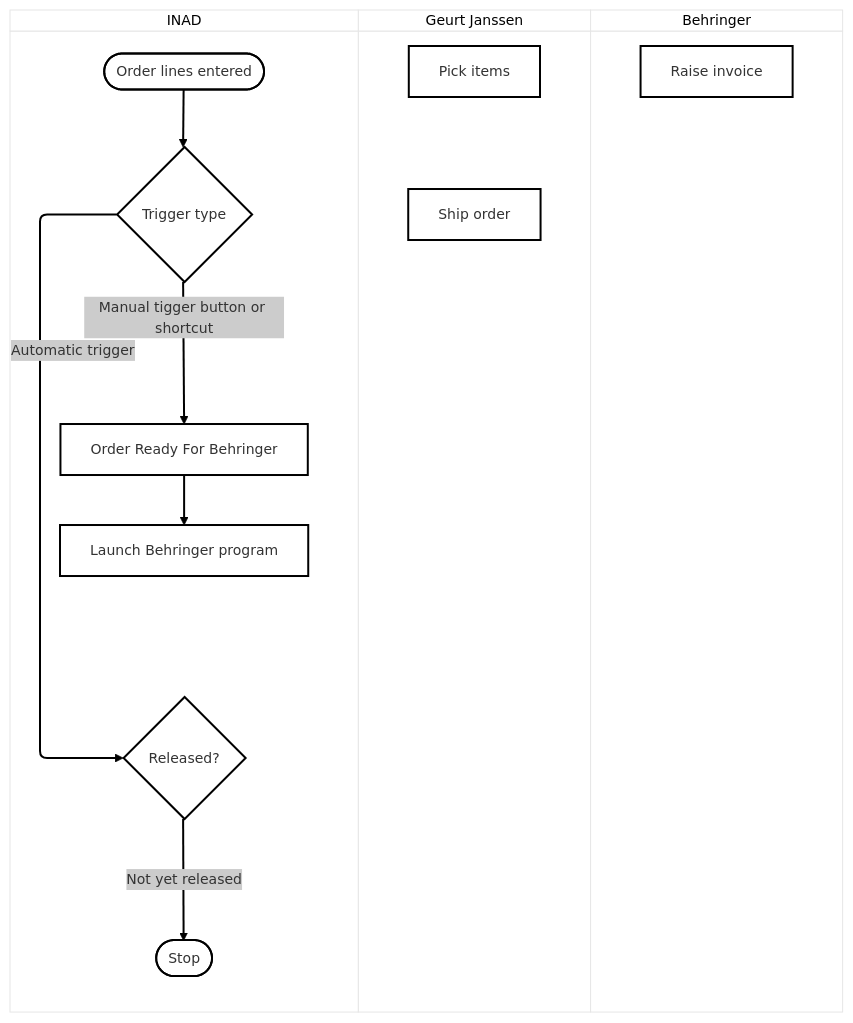
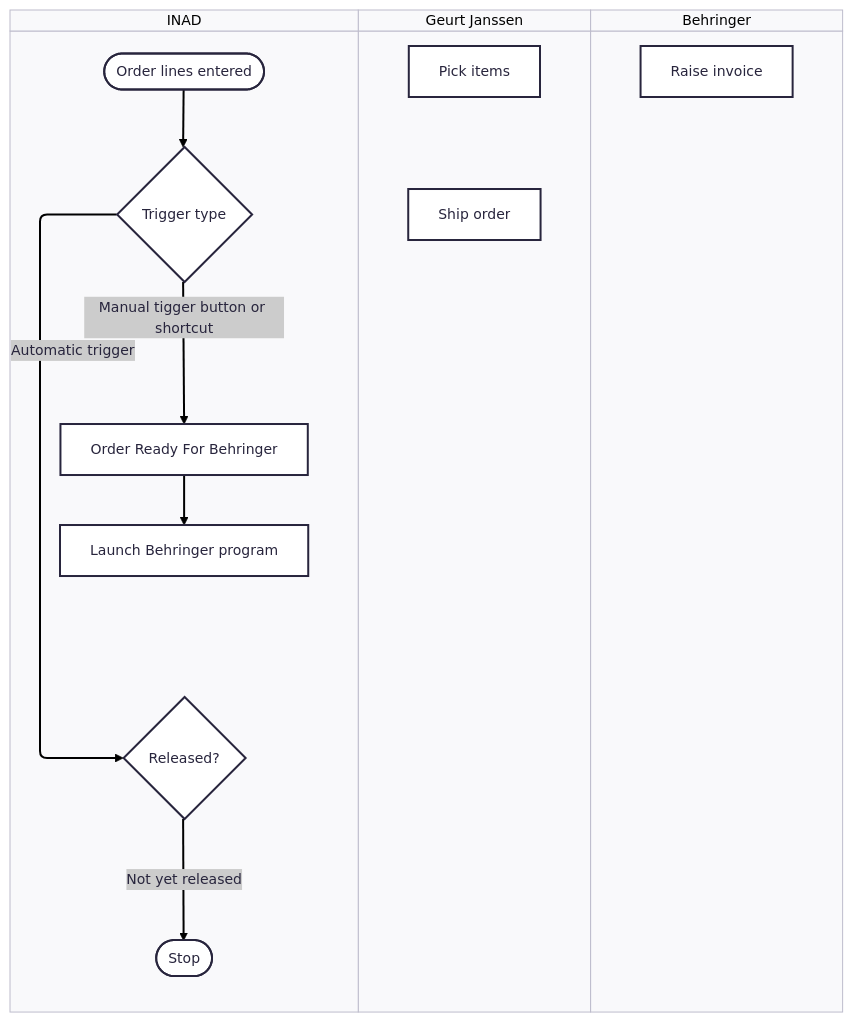
Before and after one commit to tmloosbr/inadbehringer: the diagram in README.md, drawn with Mermaid.

````diff
--- a/README.md
+++ b/README.md
@@ -3,30 +3,30 @@
 ```mermaid
 ---
 config:
-  theme: neo
+  theme: redux
 ---
 
 
 swimlane-beta TB
   subgraph INAD
     OrderLinesEntered([Order lines entered])
     TriggerType{Trigger type}
 Released{Released?}
 OrderReadyForBehringer[Order Ready For Behringer]
 LaunchBehringerProgram[Launch Behringer program]
 Stop([Stop])
   end
   subgraph Geurt Janssen
     Pick[Pick items]
     Ship[Ship order]
   end
   subgraph Behringer
     Invoice[Raise invoice]
   end
 OrderLinesEntered --> TriggerType
 TriggerType --> |Automatic trigger| Released
 TriggerType --> |Manual tigger button or shortcut| OrderReadyForBehringer
 Released --> |Not yet released| Stop 
 OrderReadyForBehringer --> LaunchBehringerProgram
 
 ```
````
